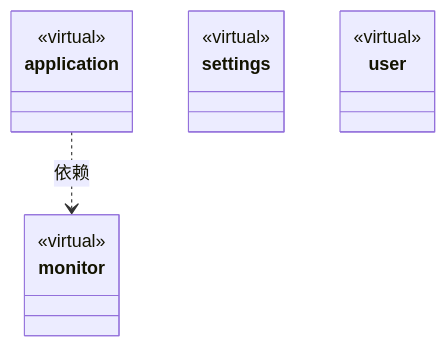
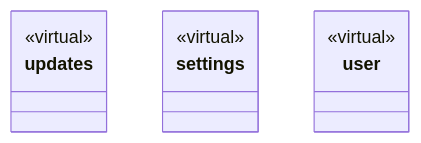
Before and after one commit to nan023062/cbim: the fourth of 4 diagrams in src/logic-new/ARCHITECTURE.md, drawn with Mermaid. The commit also changed other lines of this file and 1438 other files, not shown here.

````diff
--- a/src/logic-new/ARCHITECTURE.md
+++ b/src/logic-new/ARCHITECTURE.md
@@ -55,20 +124,15 @@
 ```mermaid
 classDiagram
-class N_353719356734["application"] {
+class N_0adbfaa2201b["updates"] {
   <<virtual>>
 }
-click N_353719356734 href "application/ARCHITECTURE.md"
-class N_105eef4f3348["monitor"] {
-  <<virtual>>
-}
-click N_105eef4f3348 href "monitor/ARCHITECTURE.md"
+click N_0adbfaa2201b href "updates/ARCHITECTURE.md"
 class N_6a083dde6711["settings"] {
   <<virtual>>
 }
 click N_6a083dde6711 href "settings/ARCHITECTURE.md"
 class N_2336517adaa7["user"] {
   <<virtual>>
 }
 click N_2336517adaa7 href "user/ARCHITECTURE.md"
-N_353719356734 ..> N_105eef4f3348 : 依赖
 ```
````
